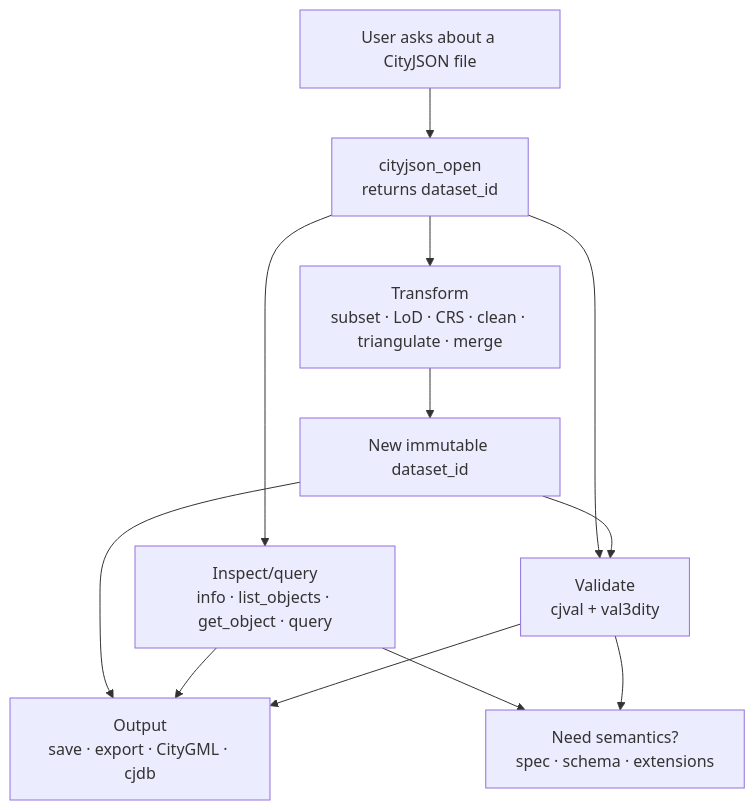
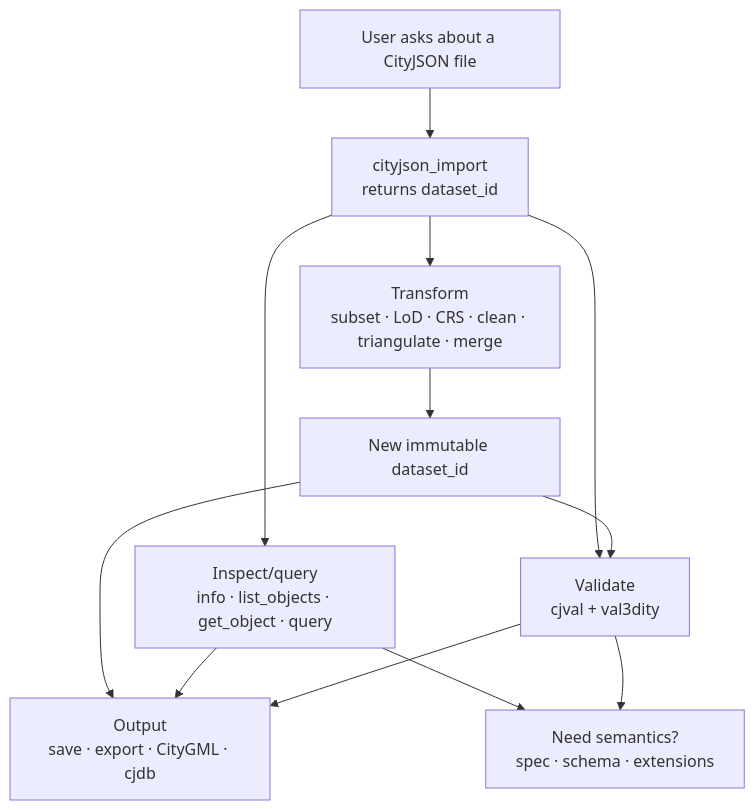
One commit to Yarroudh/cityjson-mcp changed the second of 4 diagrams in README.md. Above: the diagram before and after it, drawn with Mermaid. The commit also changed other lines of this file and 30 other files, not shown here.

````diff
--- a/README.md
+++ b/README.md
@@ -50,23 +59,23 @@
 ```mermaid
 flowchart TD
   START["User asks about a CityJSON file"]
-  OPEN["cityjson_open<br/>returns dataset_id"]
+  IMPORT["cityjson_import<br/>returns dataset_id"]
   INSPECT["Inspect/query<br/>info · list_objects · get_object · query"]
   VALIDATE["Validate<br/>cjval + val3dity"]
   TRANSFORM["Transform<br/>subset · LoD · CRS · clean · triangulate · merge"]
   DERIVED["New immutable dataset_id"]
   OUTPUT["Output<br/>save · export · CityGML · cjdb"]
   KNOW["Need semantics?<br/>spec · schema · extensions"]
 
-  START --> OPEN
-  OPEN --> INSPECT
-  OPEN --> VALIDATE
-  OPEN --> TRANSFORM
+  START --> IMPORT
+  IMPORT --> INSPECT
+  IMPORT --> VALIDATE
+  IMPORT --> TRANSFORM
   TRANSFORM --> DERIVED
   DERIVED --> VALIDATE
   DERIVED --> OUTPUT
   INSPECT --> OUTPUT
   VALIDATE --> OUTPUT
   INSPECT --> KNOW
   VALIDATE --> KNOW
 ```
````
